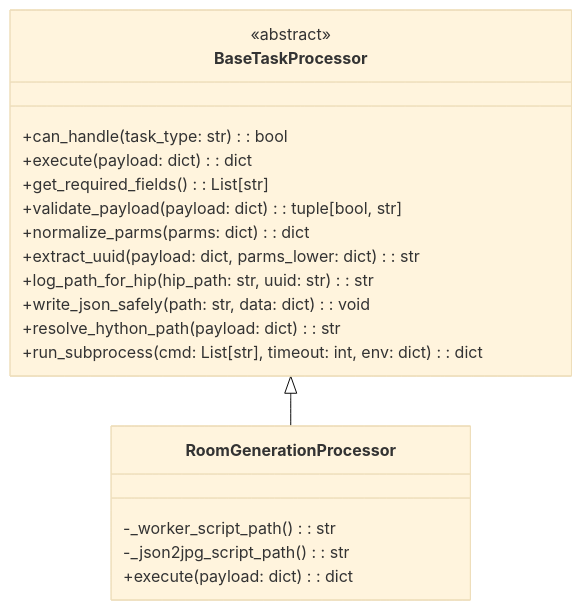
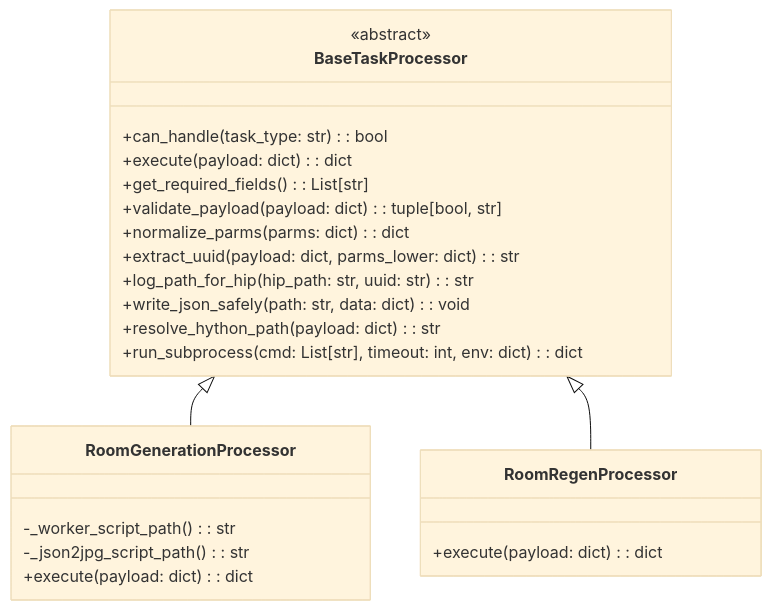
One commit to NTOM/piskel2Houdini changed the seventh of 8 diagrams in Houdini后端服务架构笔记.md. Above: the diagram before and after it, drawn with Mermaid (base theme). The commit also changed other lines of this file and 7 other files, not shown here.

````diff
--- a/Houdini后端服务架构笔记.md
+++ b/Houdini后端服务架构笔记.md
@@ -352,24 +417,29 @@
 ```mermaid
 classDiagram
     class BaseTaskProcessor {
         <<abstract>>
         +can_handle(task_type: str): bool
         +execute(payload: dict): dict
         +get_required_fields(): List[str]
         +validate_payload(payload: dict): tuple[bool, str]
         +normalize_parms(parms: dict): dict
         +extract_uuid(payload: dict, parms_lower: dict): str
         +log_path_for_hip(hip_path: str, uuid: str): str
         +write_json_safely(path: str, data: dict): void
         +resolve_hython_path(payload: dict): str
         +run_subprocess(cmd: List[str], timeout: int, env: dict): dict
     }
     
     class RoomGenerationProcessor {
         -_worker_script_path(): str
         -_json2jpg_script_path(): str
         +execute(payload: dict): dict
     }
     
+    class RoomRegenProcessor {
+        +execute(payload: dict): dict
+    }
+    
     BaseTaskProcessor <|-- RoomGenerationProcessor
+    BaseTaskProcessor <|-- RoomRegenProcessor
 ```
````
